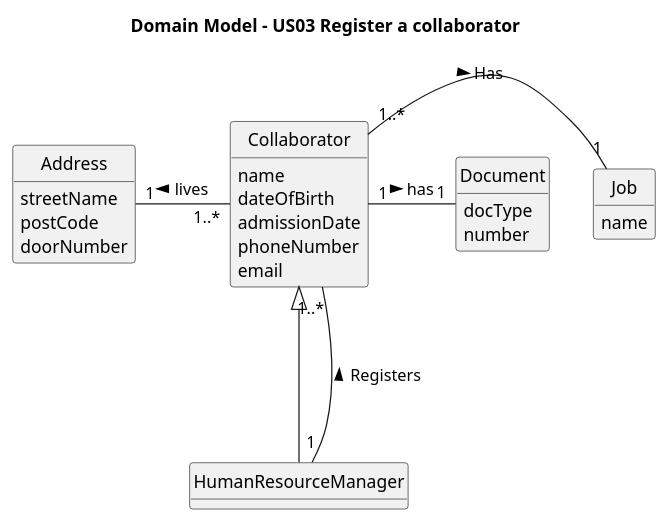
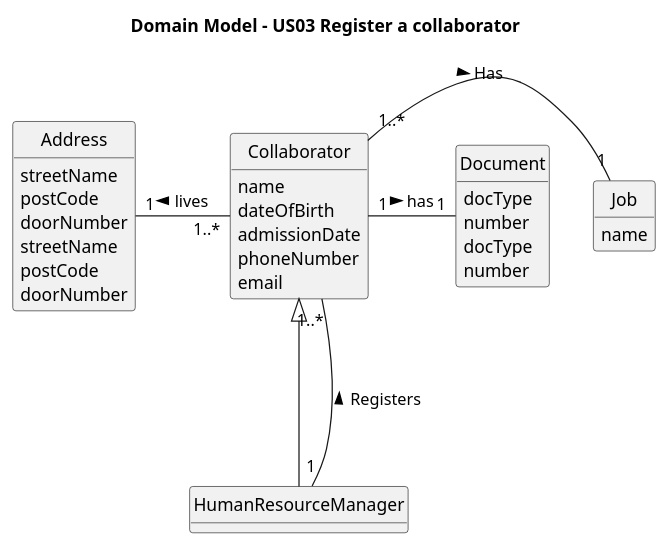
One commit to Departamento-de-Engenharia-Informatica/lei-24-s2-1db-g022 changed the diagram in docs/sprint2/us03/02.analysis/puml/us03-domain-model.puml. Above: the diagram before and after it, drawn with PlantUML. The commit also changed 17 other files, not shown here.

```diff
--- a/docs/sprint2/us03/02.analysis/puml/us03-domain-model.puml
+++ b/docs/sprint2/us03/02.analysis/puml/us03-domain-model.puml
@@ -1,43 +1,55 @@
 @startuml
 skinparam monochrome true
 skinparam packageStyle rectangle
 skinparam shadowing false
 skinparam classAttributeIconSize 0
 hide circle
 hide methods
 
 title Domain Model - US03 Register a collaborator
 
 class HumanResourceManager {
 }
 
 class Collaborator {
     name
     dateOfBirth
     admissionDate
     phoneNumber
     email
 }
 
+class Document{
+    docType
+    number
+}
+
+class Address {
+    streetName
+    postCode
+    doorNumber
+}
+
 class Job{
     name
 }
 
 class Address{
     streetName
     postCode
     doorNumber
 }
 
 class Document{
     docType
     number
 }
 
 Collaborator  <|---  HumanResourceManager
+
 HumanResourceManager "1" --- "1..*" Collaborator : Registers >
 Collaborator "1..*" - "1" Job : Has >
 Address "1" - "1..*" Collaborator : < lives
 Collaborator "1" - "1" Document : has >
 
 @enduml
```
